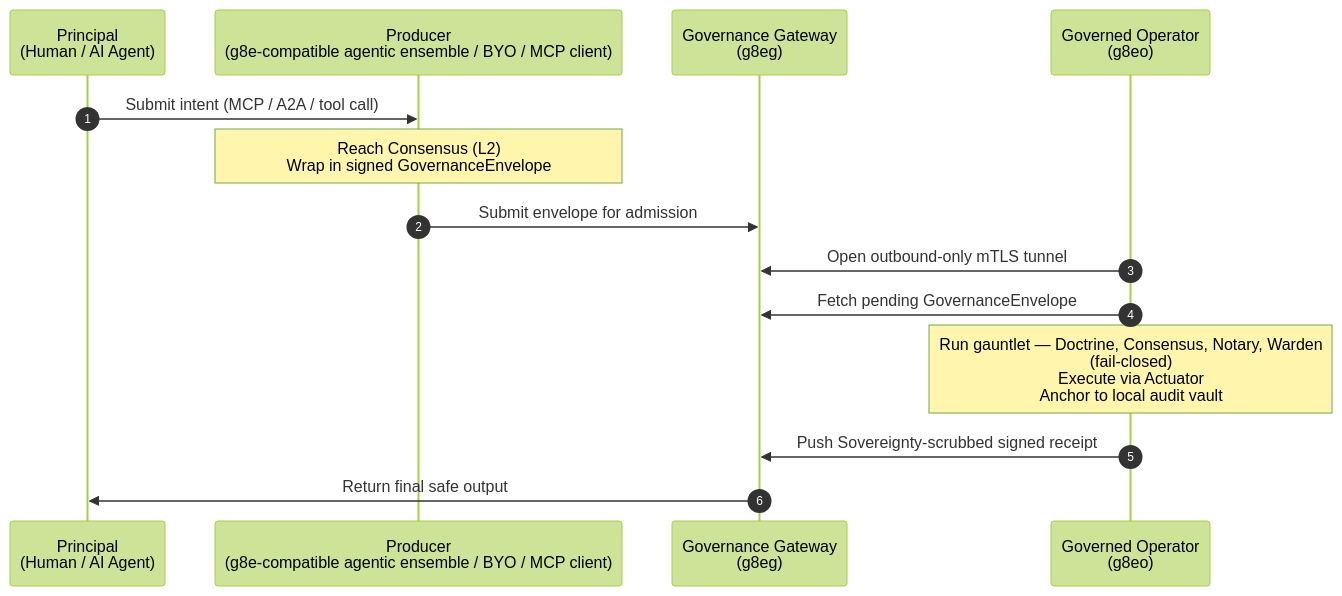
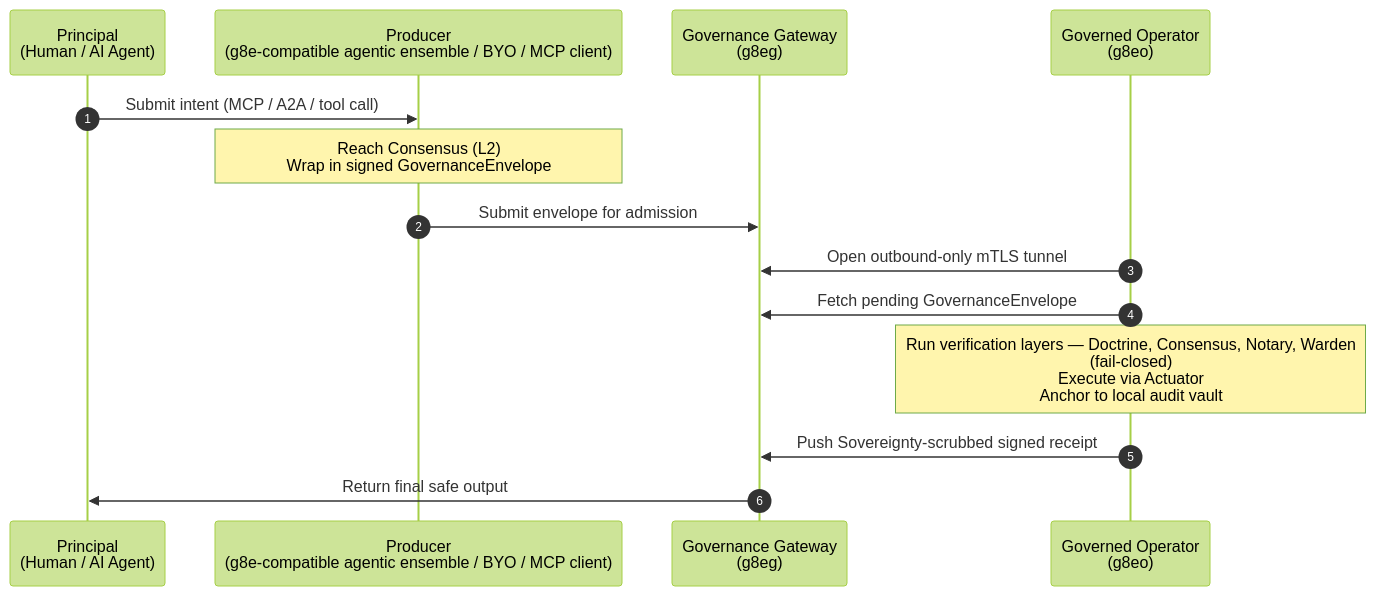
The diagram in docs/index.md (g8e-ai/g8e), drawn with Mermaid (forest theme) before and after one commit. The commit also changed other lines of this file and 118 other files, not shown here.

````diff
--- a/docs/index.md
+++ b/docs/index.md
@@ -9,20 +9,20 @@
 ```mermaid
 sequenceDiagram
     autonumber
     participant Principal as Principal<br/>(Human / AI Agent)
     participant Ensemble as Producer<br/>(g8e-compatible agentic ensemble / BYO / MCP client)
     participant Gateway as Governance Gateway<br/>(g8eg)
     participant Operator as Governed Operator<br/>(g8eo)
 
     Principal->>Ensemble: Submit intent (MCP / A2A / tool call)
     Note over Ensemble: Reach Consensus (L2)<br/>Wrap in signed GovernanceEnvelope
     Ensemble->>Gateway: Submit envelope for admission
 
     Operator->>Gateway: Open outbound-only mTLS tunnel
     Operator->>Gateway: Fetch pending GovernanceEnvelope
 
-    Note over Operator: Run gauntlet — Doctrine, Consensus, Notary, Warden<br/>(fail-closed)<br/>Execute via Actuator<br/>Anchor to local audit vault
+    Note over Operator: Run verification layers — Doctrine, Consensus, Notary, Warden<br/>(fail-closed)<br/>Execute via Actuator<br/>Anchor to local audit vault
 
     Operator->>Gateway: Push Sovereignty-scrubbed signed receipt
     Gateway->>Principal: Return final safe output
 ```
````
